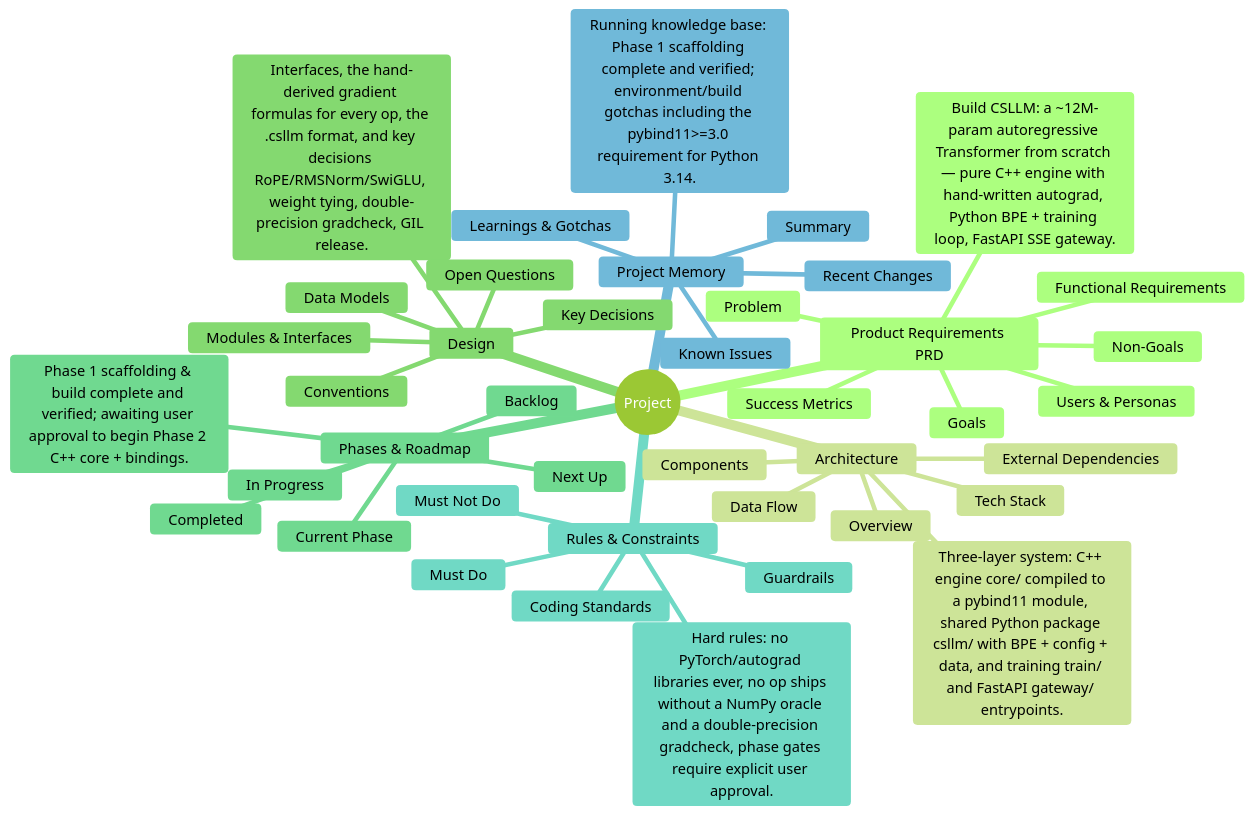
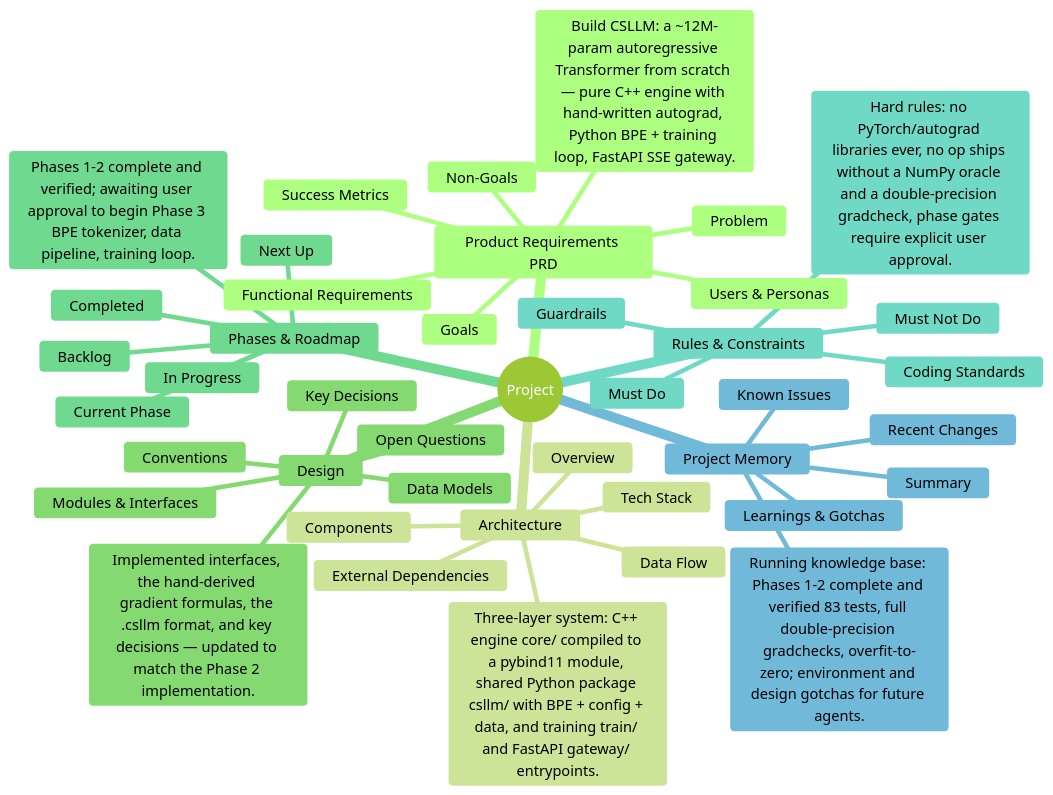
Before and after one commit to emulsazib/csllm-1.0-pro: the diagram in .knbase/mindmap.md, drawn with Mermaid (forest theme). The commit also changed other lines of this file and 27 other files, not shown here.

````diff
--- a/.knbase/mindmap.md
+++ b/.knbase/mindmap.md
@@ -5,51 +5,51 @@
 ```mermaid
 mindmap
   root((Project))
     Product Requirements PRD
       ::icon(fa fa-info)
       Build CSLLM: a ~12M-param autoregressive Transformer from scratch — pure C++ engine with hand-written autograd, Python BPE + training loop, FastAPI SSE gateway.
       Problem
       Goals
       Users & Personas
       Functional Requirements
       Non-Goals
       Success Metrics
     Architecture
       ::icon(fa fa-info)
       Three-layer system: C++ engine core/ compiled to a pybind11 module, shared Python package csllm/ with BPE + config + data, and training train/ and FastAPI gateway/ entrypoints.
       Overview
       Components
       Data Flow
       Tech Stack
       External Dependencies
     Design
       ::icon(fa fa-info)
-      Interfaces, the hand-derived gradient formulas for every op, the .csllm format, and key decisions RoPE/RMSNorm/SwiGLU, weight tying, double-precision gradcheck, GIL release.
+      Implemented interfaces, the hand-derived gradient formulas, the .csllm format, and key decisions — updated to match the Phase 2 implementation.
       Modules & Interfaces
       Key Decisions
       Data Models
       Conventions
       Open Questions
     Phases & Roadmap
       ::icon(fa fa-info)
-      Phase 1 scaffolding & build complete and verified; awaiting user approval to begin Phase 2 C++ core + bindings.
+      Phases 1-2 complete and verified; awaiting user approval to begin Phase 3 BPE tokenizer, data pipeline, training loop.
       Current Phase
       Completed
       In Progress
       Next Up
       Backlog
     Rules & Constraints
       ::icon(fa fa-info)
       Hard rules: no PyTorch/autograd libraries ever, no op ships without a NumPy oracle and a double-precision gradcheck, phase gates require explicit user approval.
       Must Do
       Must Not Do
       Coding Standards
       Guardrails
     Project Memory
       ::icon(fa fa-info)
-      Running knowledge base: Phase 1 scaffolding complete and verified; environment/build gotchas including the pybind11>=3.0 requirement for Python 3.14.
+      Running knowledge base: Phases 1-2 complete and verified 83 tests, full double-precision gradchecks, overfit-to-zero; environment and design gotchas for future agents.
       Summary
       Recent Changes
       Learnings & Gotchas
       Known Issues
 ```
````
